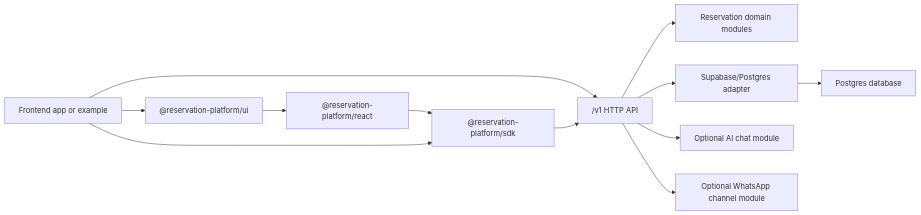
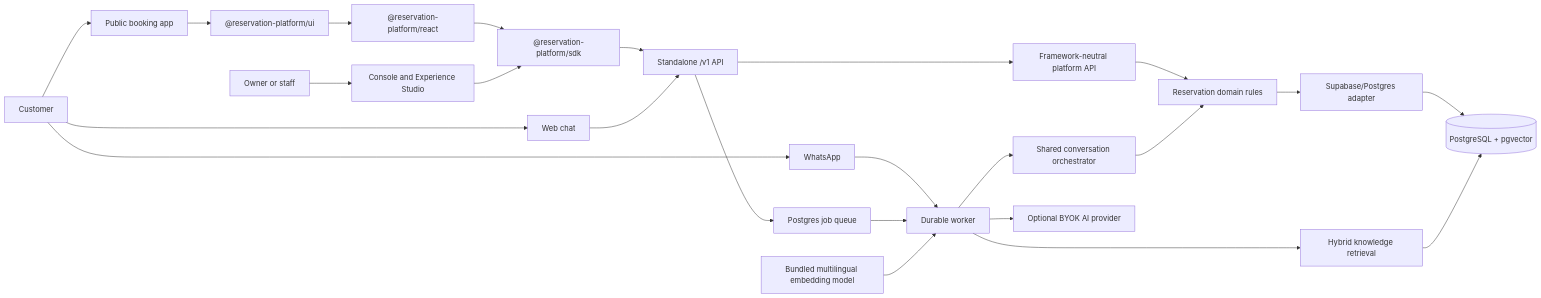
Before and after one commit to jericho0521/reservation-app: the first of 2 diagrams in README.md, drawn with Mermaid. The commit also changed other lines of this file, not shown here.

````diff
--- a/README.md
+++ b/README.md
@@ -54,14 +40,29 @@
 ```mermaid
 flowchart LR
-  Frontend["Frontend app or example"] --> UI["@reservation-platform/ui"]
+  Customer["Customer"] --> Booking["Public booking app"]
+  Customer --> WebChat["Web chat"]
+  Customer --> WA["WhatsApp"]
+  Operator["Owner or staff"] --> Console["Console and Experience Studio"]
+
+  Booking --> UI["@reservation-platform/ui"]
   UI --> React["@reservation-platform/react"]
   React --> SDK["@reservation-platform/sdk"]
-  Frontend --> SDK
-  Frontend --> API["/v1 HTTP API"]
-  SDK --> API
-  API --> Domain["Reservation domain modules"]
-  API --> Adapter["Supabase/Postgres adapter"]
-  Adapter --> Database["Postgres database"]
-  API --> Chat["Optional AI chat module"]
-  API --> WhatsApp["Optional WhatsApp channel module"]
+  Console --> SDK
+  SDK --> API["Standalone /v1 API"]
+  WebChat --> API
+  WA --> Worker["Durable worker"]
+  API --> Jobs["Postgres job queue"]
+  Jobs --> Worker
+
+  API --> Platform["Framework-neutral platform API"]
+  Worker --> Conversation["Shared conversation orchestrator"]
+  Platform --> Domain["Reservation domain rules"]
+  Conversation --> Domain
+  Domain --> Adapter["Supabase/Postgres adapter"]
+  Adapter --> DB[("PostgreSQL + pgvector")]
+
+  Worker --> Retrieval["Hybrid knowledge retrieval"]
+  Retrieval --> DB
+  Model["Bundled multilingual embedding model"] --> Worker
+  Worker --> Provider["Optional BYOK AI provider"]
 ```
````
